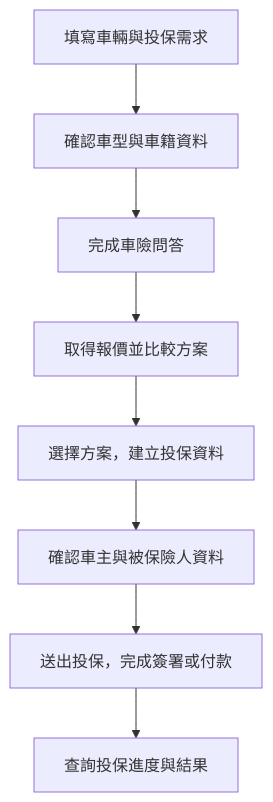
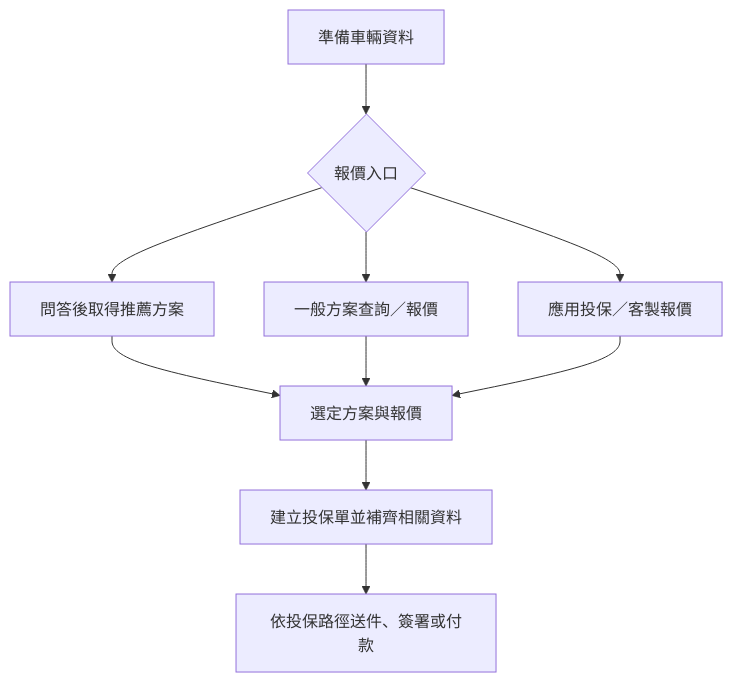
One commit to highhao/insurance-saas-platform changed the first of 2 diagrams in README.md. Above: the diagram before and after it, drawn with Mermaid. The commit also changed other lines of this file, not shown here.

Commit message:
Align insurance flows with implemented use cases

````diff
--- a/README.md
+++ b/README.md
@@ -9,10 +9,12 @@
 ```mermaid
 flowchart TB
-    A[填寫車輛與投保需求] --> B[確認車型與車籍資料]
-    B --> C[完成車險問答]
-    C --> D[取得報價並比較方案]
-    D --> E[選擇方案，建立投保資料]
-    E --> F[確認車主與被保險人資料]
-    F --> G[送出投保，完成簽署或付款]
-    G --> H[查詢投保進度與結果]
+    A[準備車輛資料] --> B{報價入口}
+    B --> C[問答後取得推薦方案]
+    B --> D[一般方案查詢／報價]
+    B --> E[應用投保／客製報價]
+    C --> F[選定方案與報價]
+    D --> F
+    E --> F
+    F --> G[建立投保單並補齊相關資料]
+    G --> H[依投保路徑送件、簽署或付款]
 ```
````
